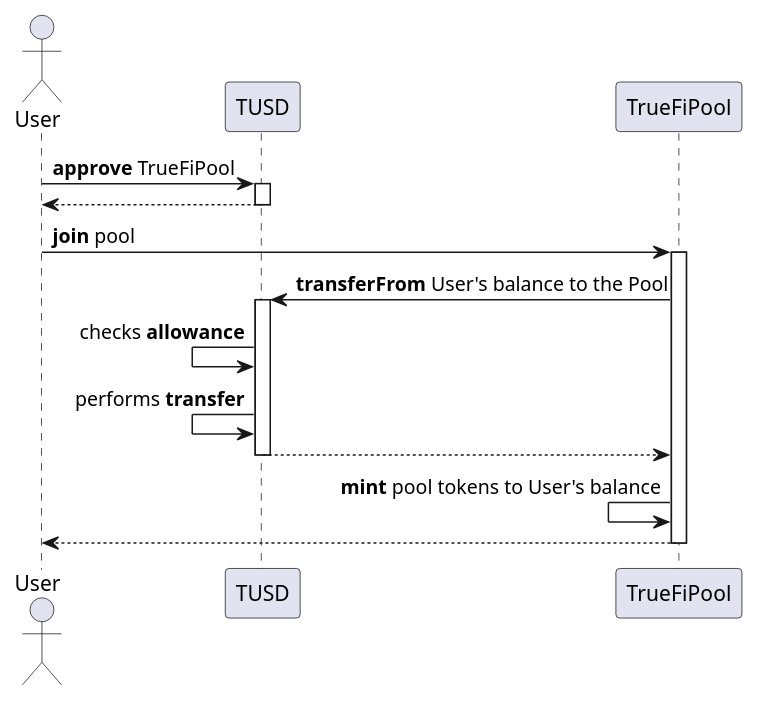
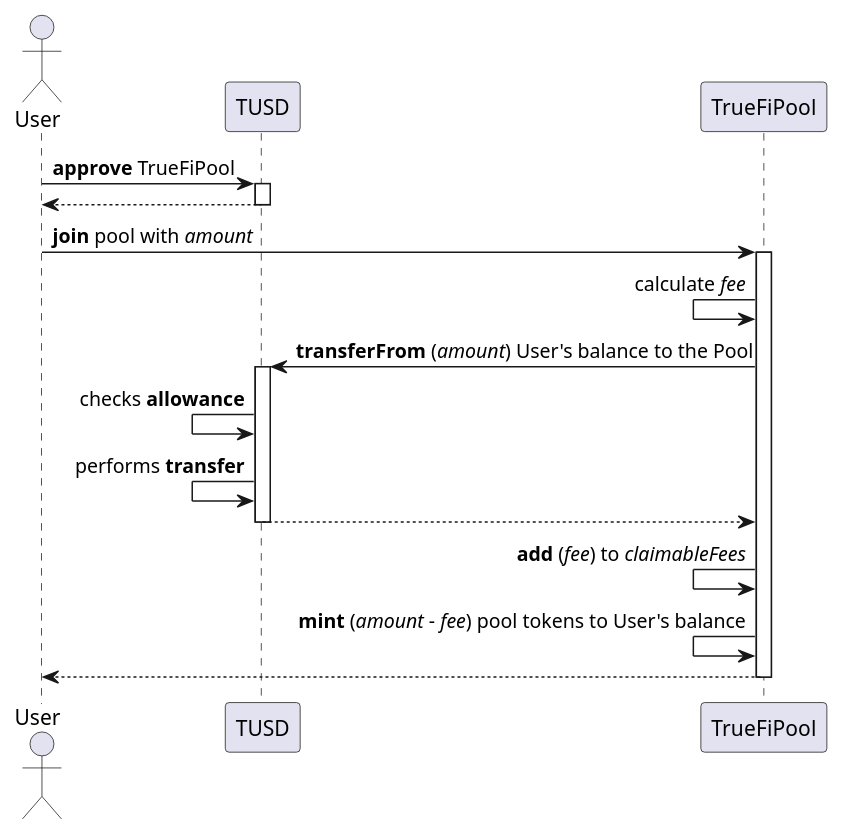
One commit to yuchennil/smart-contracts changed the diagram in contracts/truefi/docs/UsersInteractions/poolJoin_sequence.puml. Above: the diagram before and after it, drawn with PlantUML. The commit also changed 5 other files, not shown here.

```diff
--- a/contracts/truefi/docs/UsersInteractions/poolJoin_sequence.puml
+++ b/contracts/truefi/docs/UsersInteractions/poolJoin_sequence.puml
@@ -1,22 +1,24 @@
 @startuml joiningPool
 actor User
 
 User -> TUSD : **approve** TrueFiPool
 activate TUSD
 User <-- TUSD
 deactivate TUSD
 
-User -> TrueFiPool : **join** pool
+User -> TrueFiPool : **join** pool with //amount//
 activate TrueFiPool
+TrueFiPool <- TrueFiPool : calculate //fee//
 
-TUSD <- TrueFiPool : **transferFrom** User's balance to the Pool
+TUSD <- TrueFiPool : **transferFrom** (//amount//) User's balance to the Pool
 activate TUSD
 TUSD <- TUSD : checks **allowance**
 TUSD <- TUSD : performs **transfer**
 TUSD --> TrueFiPool
 deactivate TUSD
 
-TrueFiPool <- TrueFiPool : **mint** pool tokens to User's balance
+TrueFiPool <- TrueFiPool : **add** (//fee//) to //claimableFees//
+TrueFiPool <- TrueFiPool : **mint** (//amount// - //fee//) pool tokens to User's balance
 User <-- TrueFiPool
 deactivate TrueFiPool
 @enduml
```
